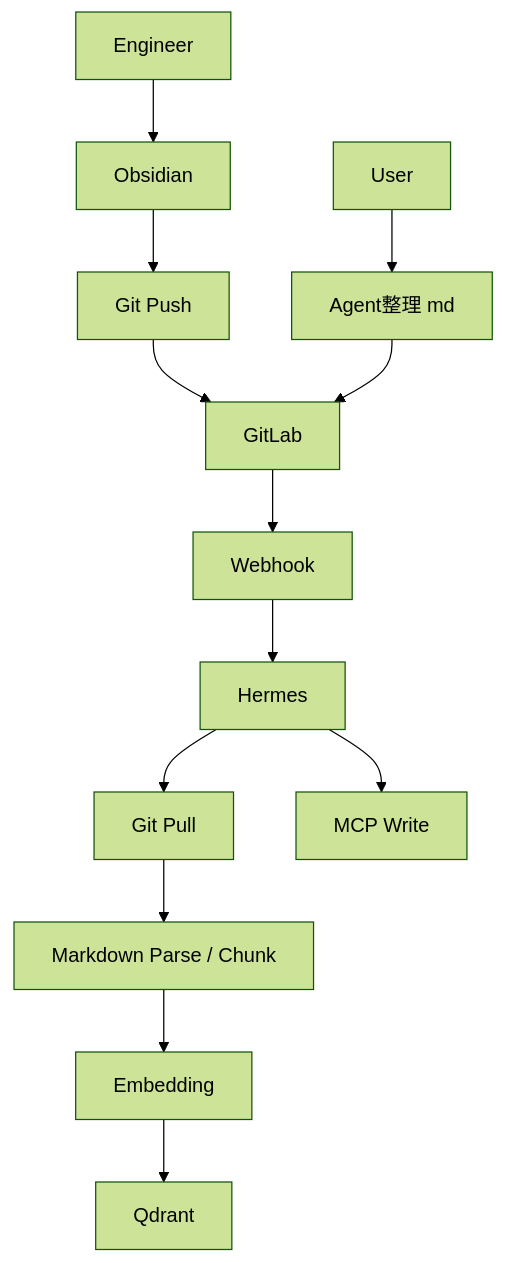
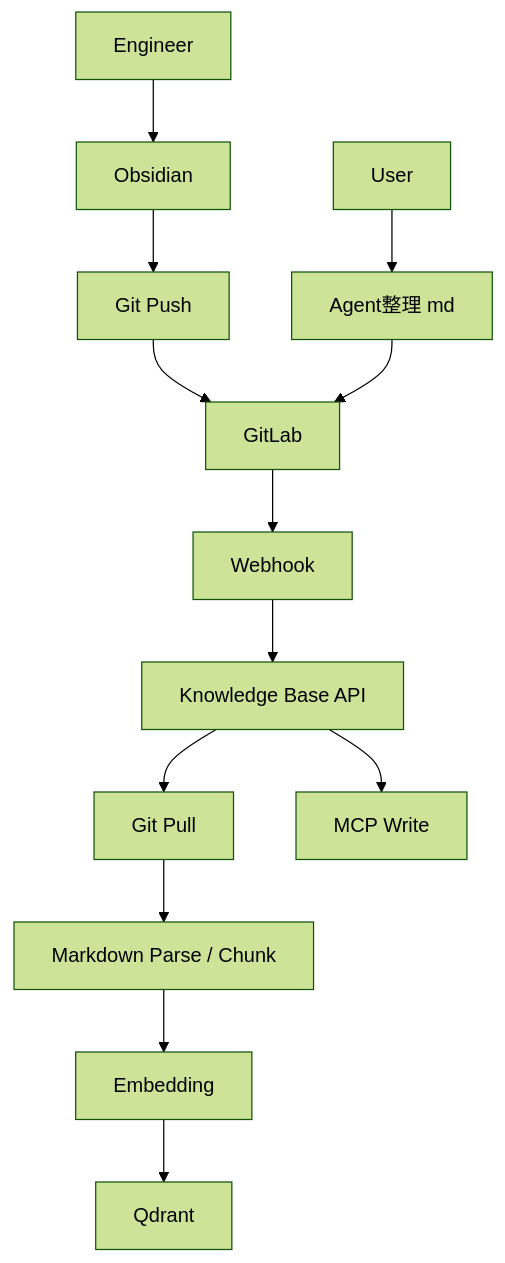
One commit to KuoWT/Knowledge-base changed the diagram in architecture_overview.md. Above: the diagram before and after it, drawn with Mermaid (forest theme). The commit also changed other lines of this file, not shown here.

Commit message:
Update architecture docs for Knowledge Base API

````diff
--- a/architecture_overview.md
+++ b/architecture_overview.md
@@ -6,15 +6,15 @@
 ```mermaid
 flowchart TD
   A[Engineer] --> B[Obsidian]
   B --> C[Git Push]
   C --> D[GitLab]
   E[User] --> F[Agent整理 md]
   F --> D
   D --> G[Webhook]
-  G --> H[Hermes]
+  G --> H[Knowledge Base API]
   H --> I[Git Pull]
   I --> J[Markdown Parse / Chunk]
   J --> K[Embedding]
   K --> L[Qdrant]
   H --> M[MCP Write]
 ```
````
